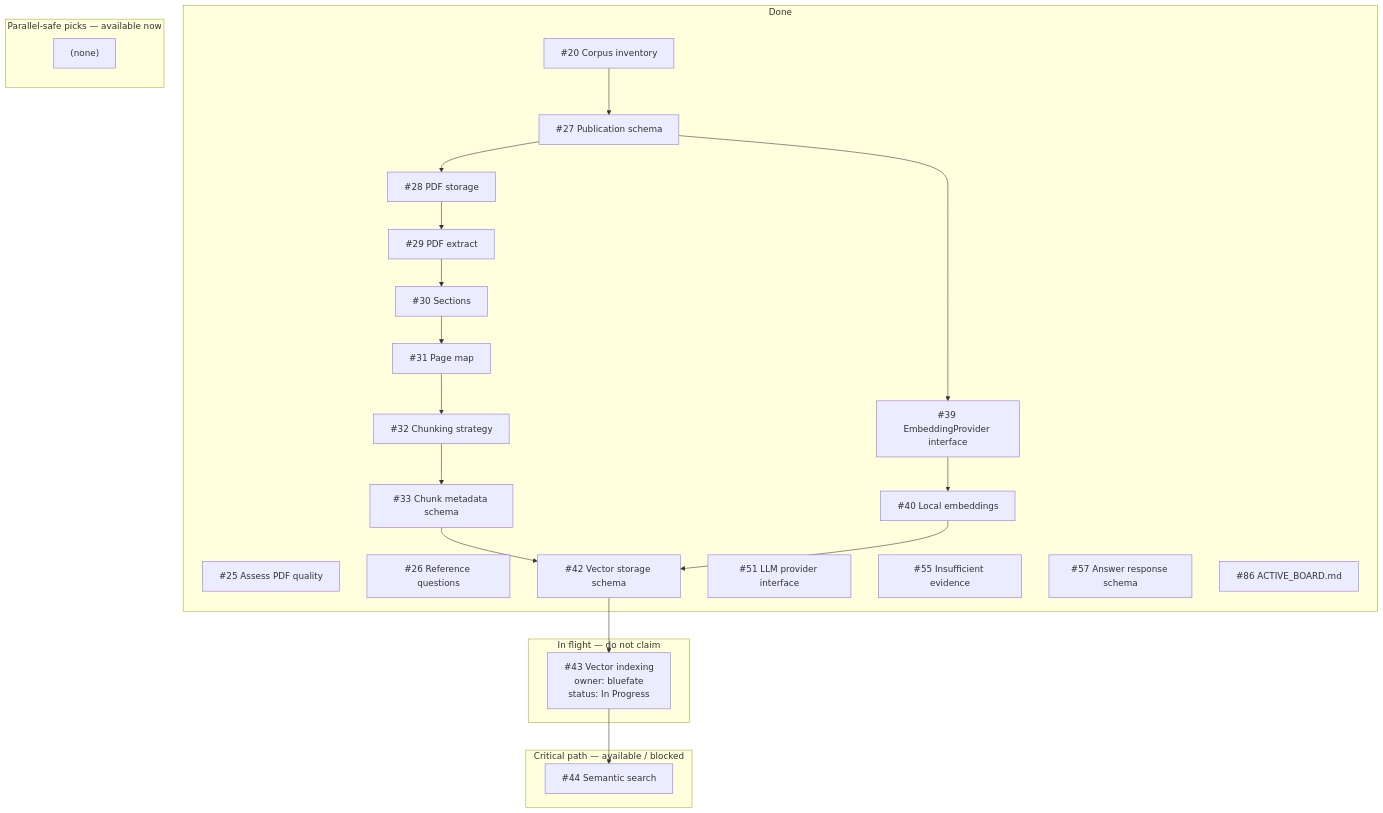
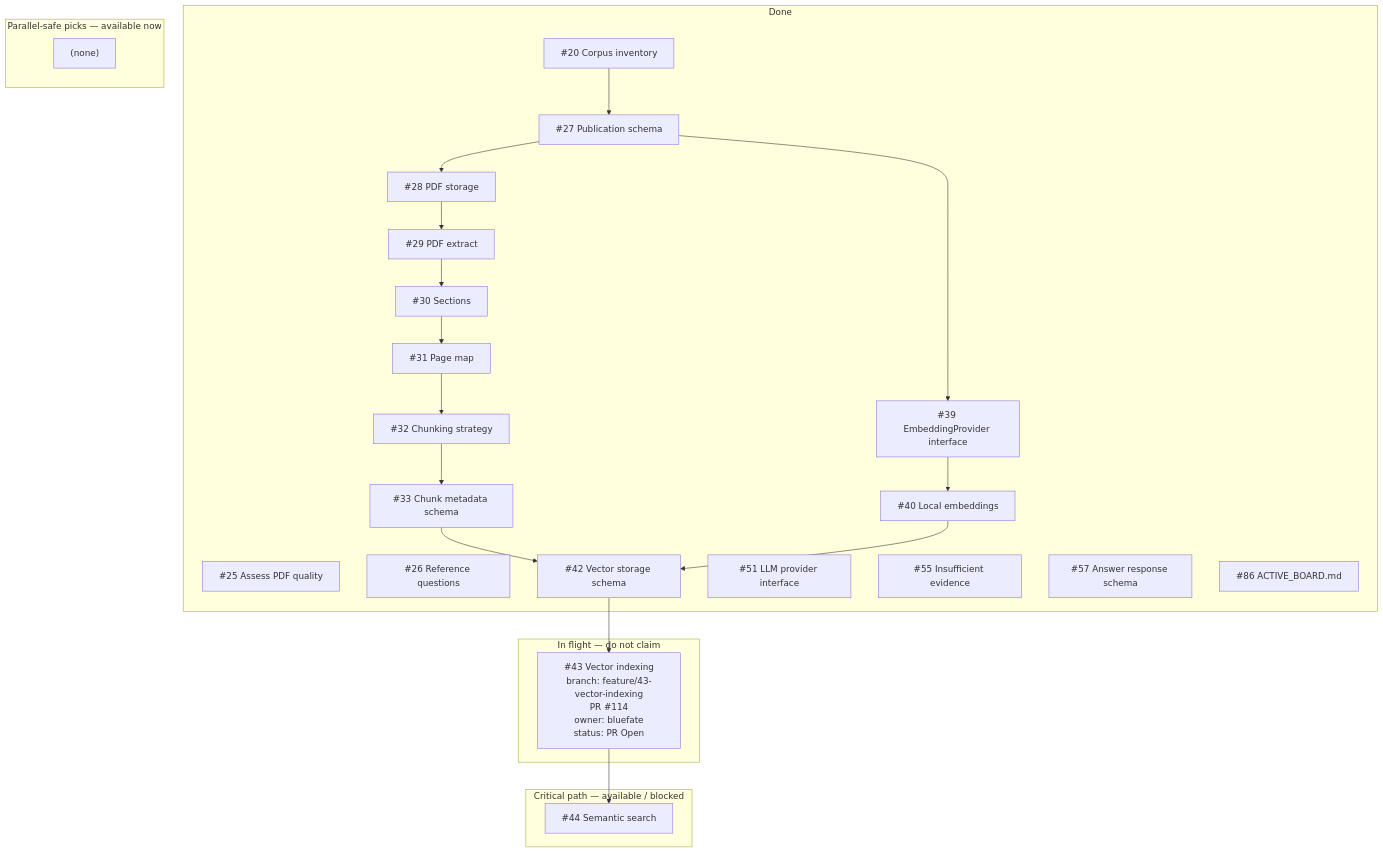
The diagram in docs/development/ACTIVE_BOARD.md (bluefate/spacebio-evidence-engine), drawn with Mermaid before and after one commit. The commit also changed other lines of this file, not shown here.

Commit message:
docs: refresh active board for pr 114

````diff
--- a/docs/development/ACTIVE_BOARD.md
+++ b/docs/development/ACTIVE_BOARD.md
@@ -62,44 +62,44 @@
 ```mermaid
 flowchart TB
   subgraph done [Done]
     i20["#20 Corpus inventory"]
     i25["#25 Assess PDF quality"]
     i26["#26 Reference questions"]
     i27["#27 Publication schema"]
     i28["#28 PDF storage"]
     i29["#29 PDF extract"]
     i30["#30 Sections"]
     i31["#31 Page map"]
     i32["#32 Chunking strategy"]
     i33["#33 Chunk metadata schema"]
     i39["#39 EmbeddingProvider interface"]
     i40["#40 Local embeddings"]
     i42["#42 Vector storage schema"]
     i51["#51 LLM provider interface"]
     i55["#55 Insufficient evidence"]
     i57["#57 Answer response schema"]
     i86["#86 ACTIVE_BOARD.md"]
   end
   subgraph inflight [In flight — do not claim]
-    i43["#43 Vector indexing<br/>owner: bluefate<br/>status: In Progress"]
+    i43["#43 Vector indexing<br/>branch: feature/43-vector-indexing<br/>PR #114<br/>owner: bluefate<br/>status: PR Open"]
   end
   subgraph nextCritical [Critical path — available / blocked]
     i44["#44 Semantic search"]
   end
   subgraph nextParallel [Parallel-safe picks — available now]
     nextParallel_empty["(none)"]
   end
   i20 --> i27
   i27 --> i28
   i28 --> i29
   i29 --> i30
   i30 --> i31
   i31 --> i32
   i32 --> i33
   i33 --> i42
   i27 --> i39
   i39 --> i40
   i40 --> i42
   i42 --> i43
   i43 --> i44
 ```
````
